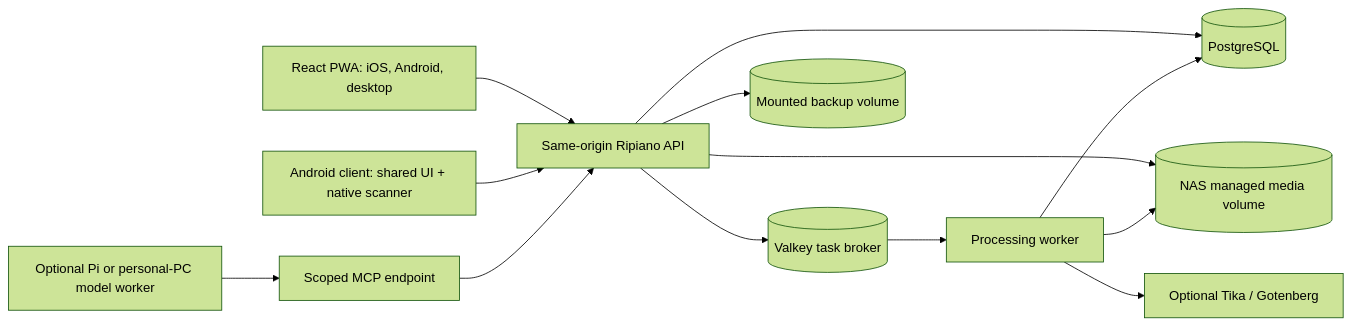
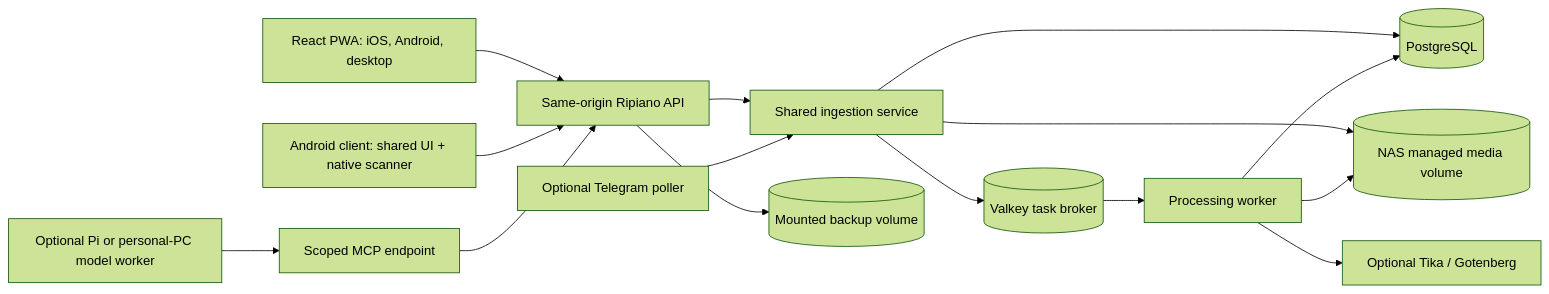
One commit to p4xx07/ripiano changed the diagram in docs/ARCHITECTURE.md. Above: the diagram before and after it, drawn with Mermaid (forest theme). The commit also changed other lines of this file and 44 other files, not shown here.

````diff
--- a/docs/ARCHITECTURE.md
+++ b/docs/ARCHITECTURE.md
@@ -7,15 +7,17 @@
 ```mermaid
 flowchart LR
   PWA[React PWA: iOS, Android, desktop] --> API[Same-origin Ripiano API]
   AND[Android client: shared UI + native scanner] --> API
-  API --> PG[(PostgreSQL)]
-  API --> MEDIA[(NAS managed media volume)]
-  API --> BROKER[(Valkey task broker)]
+  API --> INGEST[Shared ingestion service]
+  TG[Optional Telegram poller] --> INGEST
+  INGEST --> PG[(PostgreSQL)]
+  INGEST --> MEDIA[(NAS managed media volume)]
+  INGEST --> BROKER[(Valkey task broker)]
   BROKER --> WORKER[Processing worker]
   WORKER --> MEDIA
   WORKER --> PG
   WORKER --> CONV[Optional Tika / Gotenberg]
   LOCAL[Optional Pi or personal-PC model worker] --> MCP[Scoped MCP endpoint]
   MCP --> API
   API --> BACKUP[(Mounted backup volume)]
 ```
````
